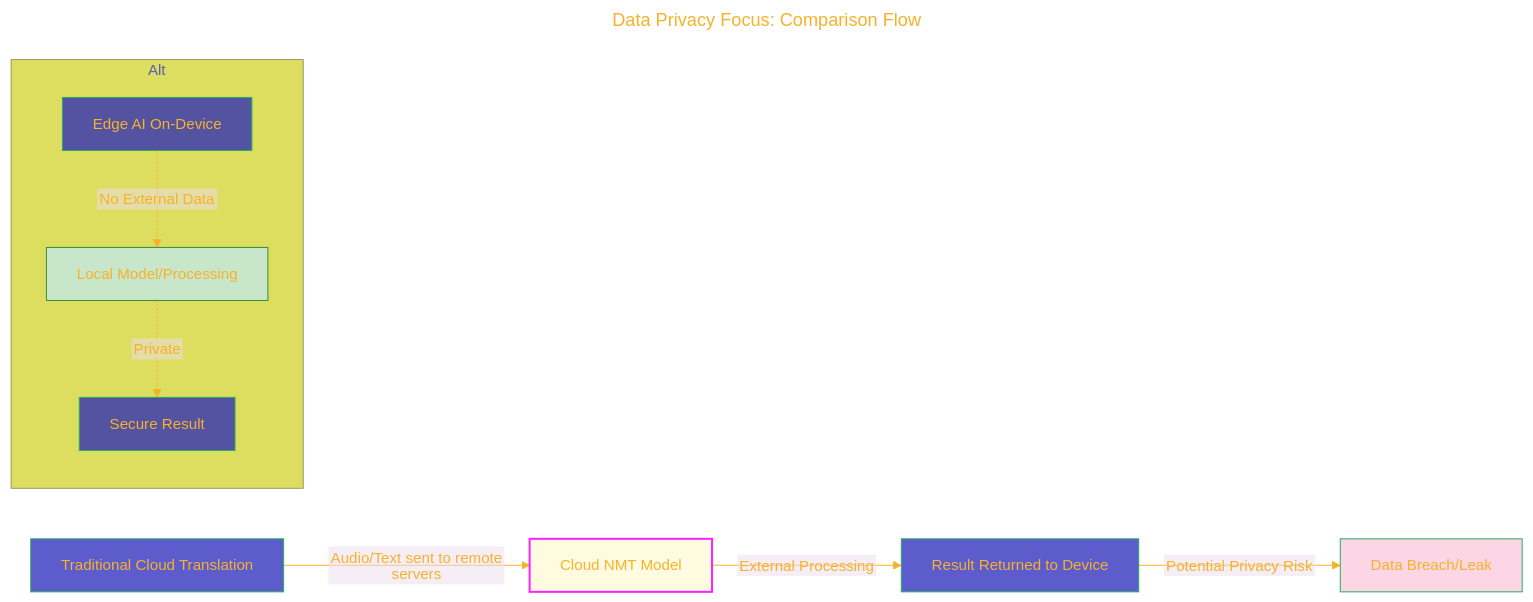
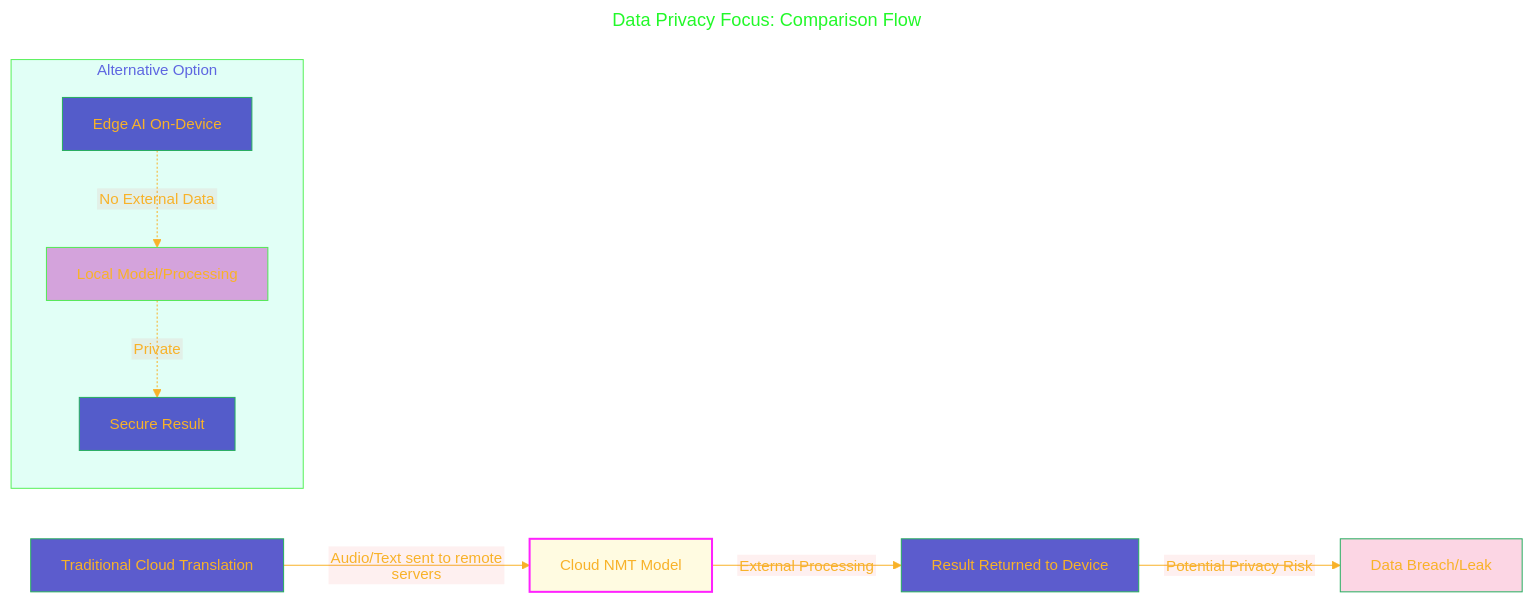
The fourth of 11 diagrams in DOCUMENTATION/Visual_Representation_of_Project_Concepts_Draft_2.md (CongLeSolutionX/On_device_real_time_AI_assistant), drawn with Mermaid before and after one commit. The commit also changed other lines of this file, not shown here.

Commit message:
update notes

````diff
--- a/DOCUMENTATION/Visual_Representation_of_Project_Concepts_Draft_2.md
+++ b/DOCUMENTATION/Visual_Representation_of_Project_Concepts_Draft_2.md
@@ -181,46 +181,48 @@
 ```mermaid
 ---
 title: "Data Privacy Focus: Comparison Flow"
 author: "Cong Le"
 version: "1.0"
 license(s): "MIT, CC BY 4.0"
 copyright: "Copyright (c) 2025 Cong Le. All Rights Reserved."
 config:
   layout: dagre
   theme: base
 ---
 %%%%%%%% Mermaid version v11.4.1-b.14
 %%%%%%%% Available curve styles include the following keywords:
 %% basis, bumpX, bumpY, cardinal, catmullRom, linear, monotoneX, monotoneY, natural, step, stepAfter, stepBefore.
 %%{
   init: {
     'flowchart': { 'htmlLabels': false, 'curve': 'linear' },
     'fontFamily': 'Monaco',
     'themeVariables': {
       'primaryColor': '#22BB',
       'primaryTextColor': '#F8B229',
       'lineColor': '#F8B229',
+      'textColor': '#22F829',
       'primaryBorderColor': '#27AE60',
-      'secondaryColor': '#EBDEF0',
+      'secondaryColor': '#E222',
       'secondaryTextColor': '#6C3483',
       'secondaryBorderColor': '#A569BD',
       'fontSize': '15px'
     }
   }
 }%%
 flowchart LR
     A["Traditional Cloud Translation"]
       -->|Audio/Text sent to remote servers| B["Cloud NMT Model"]
       -->|External Processing| C["Result Returned to Device"]
       -->|Potential Privacy Risk| D["Data Breach/Leak"]
     
     style B fill:#fd22,stroke:#f2f,stroke-width:2px
     style D fill:#e373
     
-    subgraph Alt
+    subgraph Alternative_Option["Alternative Option"]
+    style Alternative_Option fill:#2FB2,stroke:#3e3c
         E["Edge AI On-Device"]
         E -.->|No External Data| F["Local Model/Processing"]
         F -.->|Private| G["Secure Result"]
     end
-    style F fill:#c8e6c9,stroke:#388e3c
+    style F fill:#c6c9,stroke:#3e3c
 ```
````
